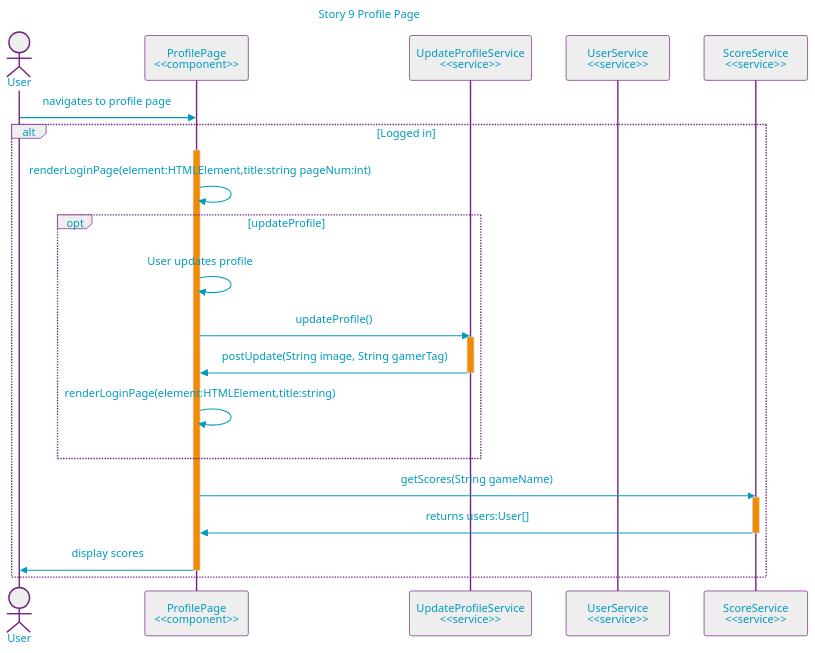
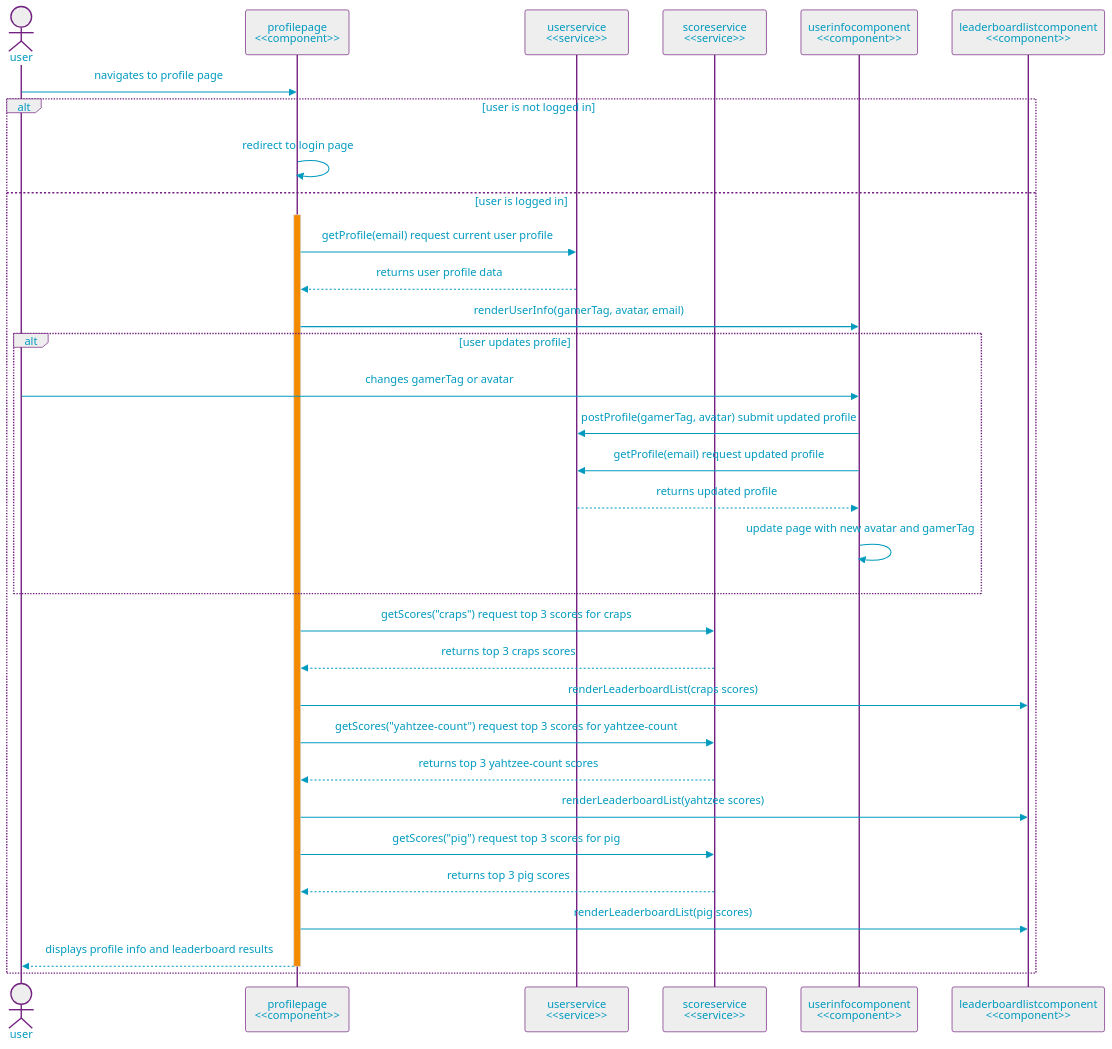
The diagram in uml/seq-story9-profile.md (null-0ne/COSA-195-Gamehub), drawn with Mermaid before and after one commit. The commit also changed 3 other files, not shown here.

Commit message:
uml Updated

````diff
--- a/uml/seq-story9-profile.md
+++ b/uml/seq-story9-profile.md
@@ -3,45 +3,54 @@
 ```mermaid
 %%{init:{"securityLevel":"loose","layout":"elk","elk":{"nodePlacementStrategy":"NETWORK_SIMPLEX"},"theme":"base",
 "themeVariables":{"primaryColor":"#EEE","primaryTextColor":"#009ABE","primaryBorderColor":"#732181","lineColor":"#009ABE","noteBorderColor":"#732181","noteBkgColor":"#F38A00","activationBkgColor":"#F38A00"    }
 }}%%
 %%----------------------- MERMAID MARKUP BELOW --------------------%%
 
 sequenceDiagram
-title: Story 9 Profile Page
+    actor u as user
+    participant p as profilepage <br><<component>>
+    participant us as userservice <br><<service>>
+    participant ss as scoreservice <br><<service>>
+    participant uic as userinfocomponent <br><<component>>
+    participant lc as leaderboardlistcomponent <br><<component>>
 
-    actor u as User
-    participant p as ProfilePage <br><<component>>
-    participant f as UpdateProfileService<br><<service>>
-    participant s as UserService <br><<service>>
-    participant m as ScoreService<br><<service>>
-    %%participant r as RenderScore<br><<component>>
+    u ->> p: navigates to profile page
+
+    alt user is not logged in
+    p->> p: redirect to login page
 
 
-    u->>p: navigates to profile page
-    alt Logged in
-        activate p
-            p->>p: renderLoginPage(element:HTMLElement,title:string pageNum:int)
+    else user is logged in
+    activate p
 
-    opt updateProfile
-        p->>p: User updates profile
-        p->>f: updateProfile()
-        activate f
-        f->>p: postUpdate(String image, String gamerTag)
-        deactivate f
-        p->>p: renderLoginPage(element:HTMLElement,title:string)
+    p ->> us: getProfile(email) request current user profile
+    us -->> p: returns user profile data
 
+    p ->> uic: renderUserInfo(gamerTag, avatar, email)
 
-
-    end
-            p->>m: getScores(String gameName)
-
-            activate m
-            m->>p: returns users:User[]
-            deactivate m
-            p->>u: display scores
-        deactivate p
+    alt user updates profile
+        u ->> uic: changes gamerTag or avatar
+        uic ->> us: postProfile(gamerTag, avatar) submit updated profile
+        uic ->> us: getProfile(email) request updated profile
+        us -->> uic: returns updated profile
+        uic ->> uic: update page with new avatar and gamerTag
     end
 
+    p ->> ss: getScores("craps") request top 3 scores for craps
+    ss -->> p: returns top 3 craps scores
+    p ->> lc: renderLeaderboardList(craps scores)
+
+    p ->> ss: getScores("yahtzee-count") request top 3 scores for yahtzee-count
+    ss -->> p: returns top 3 yahtzee-count scores
+    p ->> lc: renderLeaderboardList(yahtzee scores)
+
+    p ->> ss: getScores("pig") request top 3 scores for pig
+    ss -->> p: returns top 3 pig scores
+    p ->> lc: renderLeaderboardList(pig scores)
+
+    p -->> u: displays profile info and leaderboard results
+    deactivate p
+    end
 
 %%----------------------- MERMAID MARKUP ABOVE --------------------%%
 ```
````
